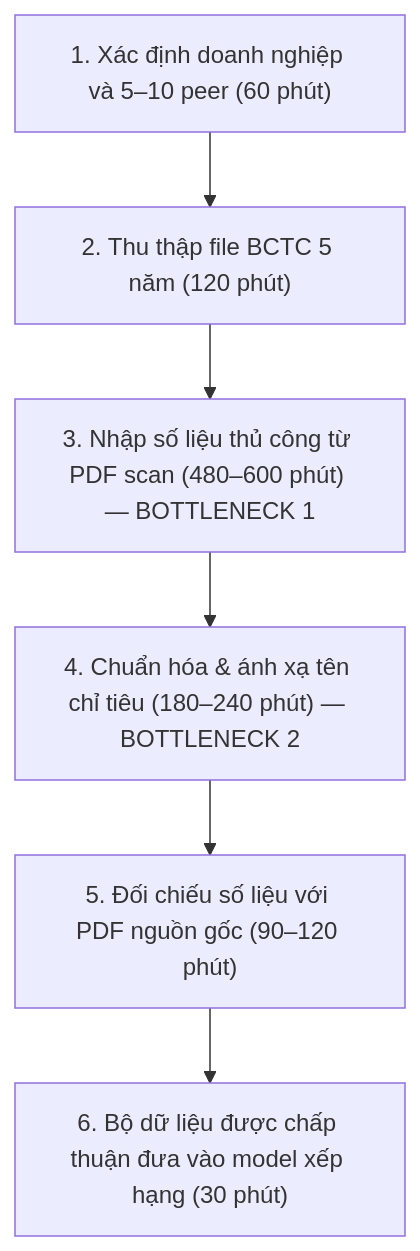
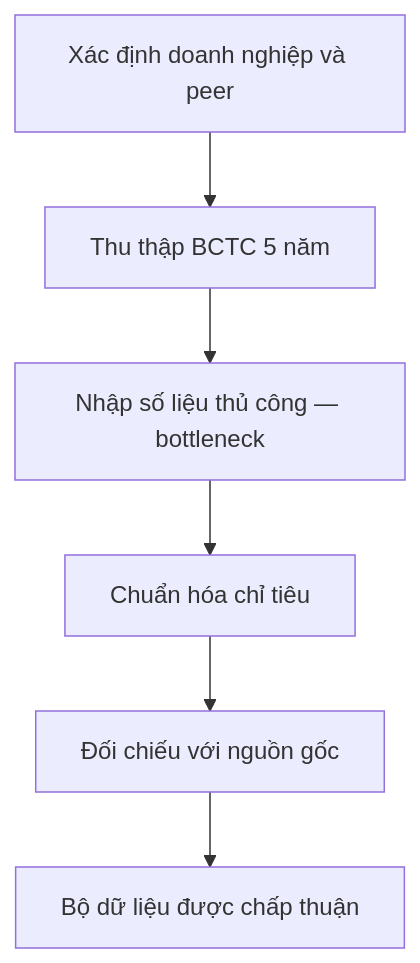
Before and after one commit to Dovanngoc05/K5-L3A-Day02-ngocquantruonganh-DiscoveryProblemFraming: the second of 3 diagrams in report/team/group_report.md, drawn with Mermaid. The commit also changed other lines of this file, not shown here.

````diff
--- a/report/team/group_report.md
+++ b/report/team/group_report.md
@@ -119,8 +121,8 @@
 ```mermaid
 flowchart TD
-    A["1. Xác định doanh nghiệp và 5–10 peer (60 phút)"] --> B["2. Thu thập file BCTC 5 năm (120 phút)"]
-    B --> C["3. Nhập số liệu thủ công từ PDF scan (480–600 phút) — BOTTLENECK 1"]
-    C --> D["4. Chuẩn hóa & ánh xạ tên chỉ tiêu (180–240 phút) — BOTTLENECK 2"]
-    D --> E["5. Đối chiếu số liệu với PDF nguồn gốc (90–120 phút)"]
-    E --> F["6. Bộ dữ liệu được chấp thuận đưa vào model xếp hạng (30 phút)"]
+    A["Xác định doanh nghiệp và peer"] --> B["Thu thập BCTC 5 năm"]
+    B --> C["Nhập số liệu thủ công — bottleneck"]
+    C --> D["Chuẩn hóa chỉ tiêu"]
+    D --> E["Đối chiếu với nguồn gốc"]
+    E --> F["Bộ dữ liệu được chấp thuận"]
 ```
````
